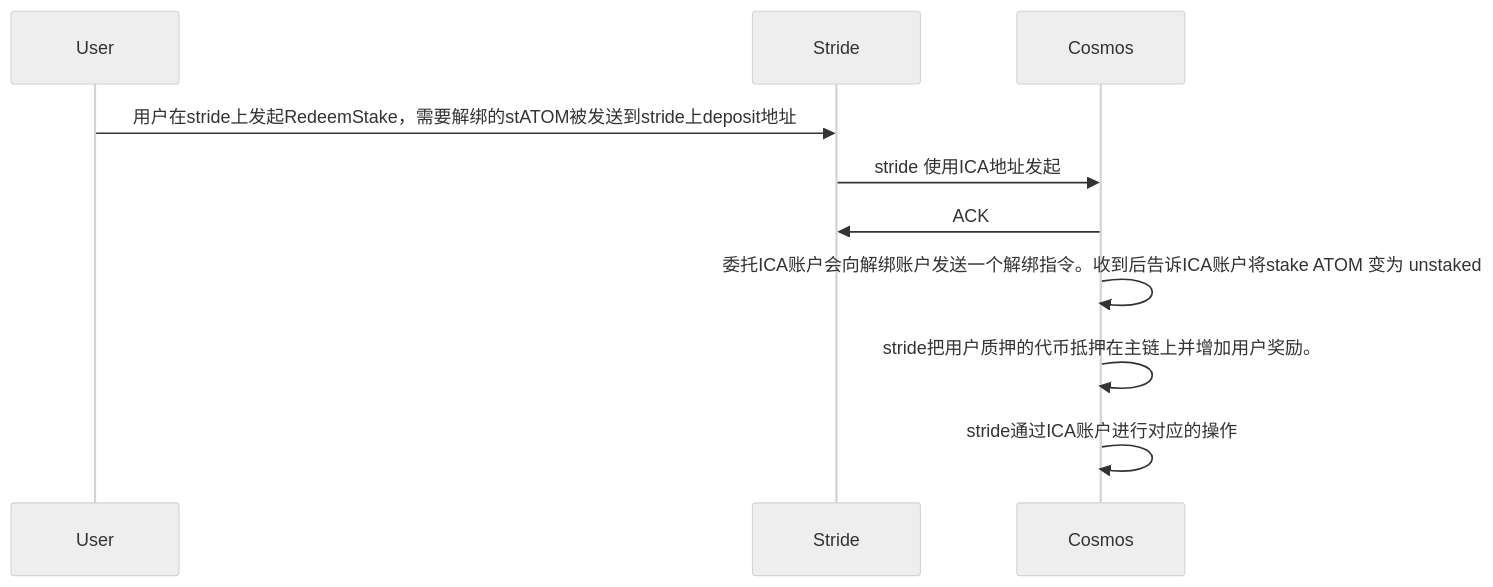
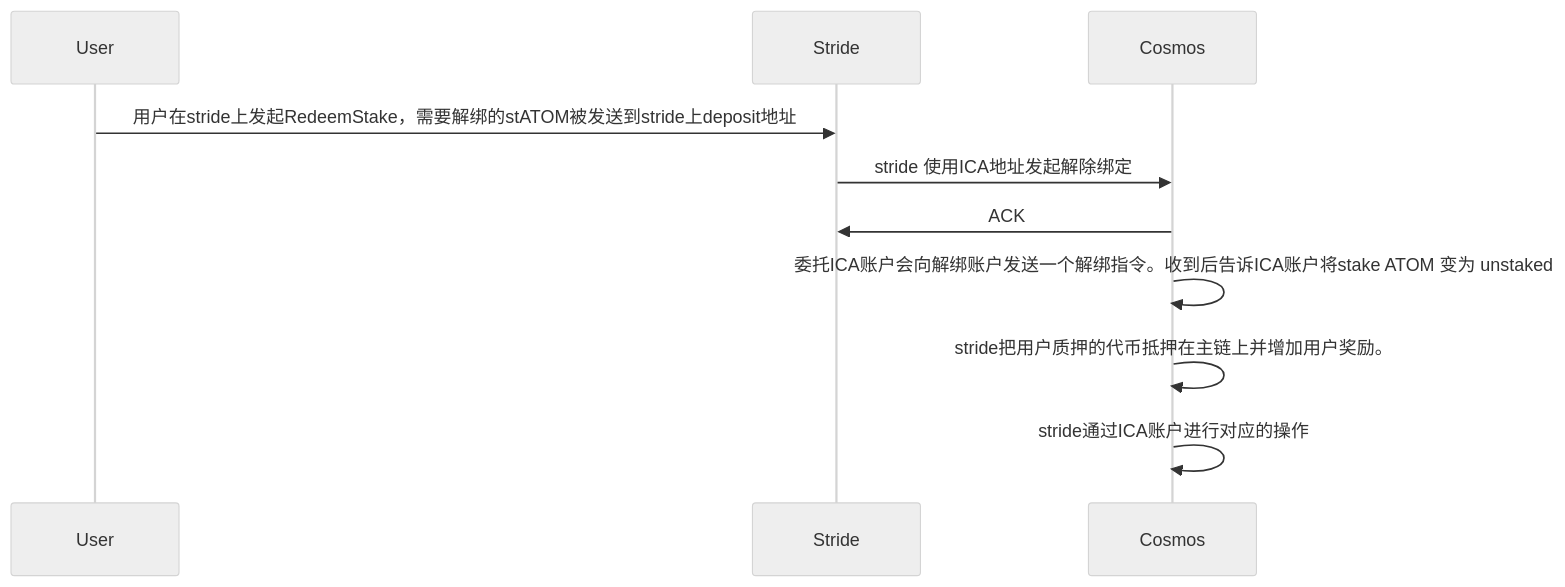
Before and after one commit to yingjianzh/iodraw-files: the diagram in all/unbonding.md, drawn with Mermaid (neutral theme).

Commit message:
2024-03-28 15:31:19 update

````diff
--- a/all/unbonding.md
+++ b/all/unbonding.md
@@ -1,9 +1,9 @@
 ```mermaid
 sequenceDiagram
     User->>Stride: 用户在stride上发起RedeemStake，需要解绑的stATOM被发送到stride上deposit地址
-    Stride->>Cosmos: stride 使用ICA地址发起
+    Stride->>Cosmos: stride 使用ICA地址发起解除绑定
     Cosmos->>Stride: ACK
     Cosmos->>Cosmos: 委托ICA账户会向解绑账户发送一个解绑指令。收到后告诉ICA账户将stake ATOM 变为 unstaked
     Cosmos->>Cosmos: stride把用户质押的代币抵押在主链上并增加用户奖励。
     Cosmos->>Cosmos: stride通过ICA账户进行对应的操作
 ```
````
